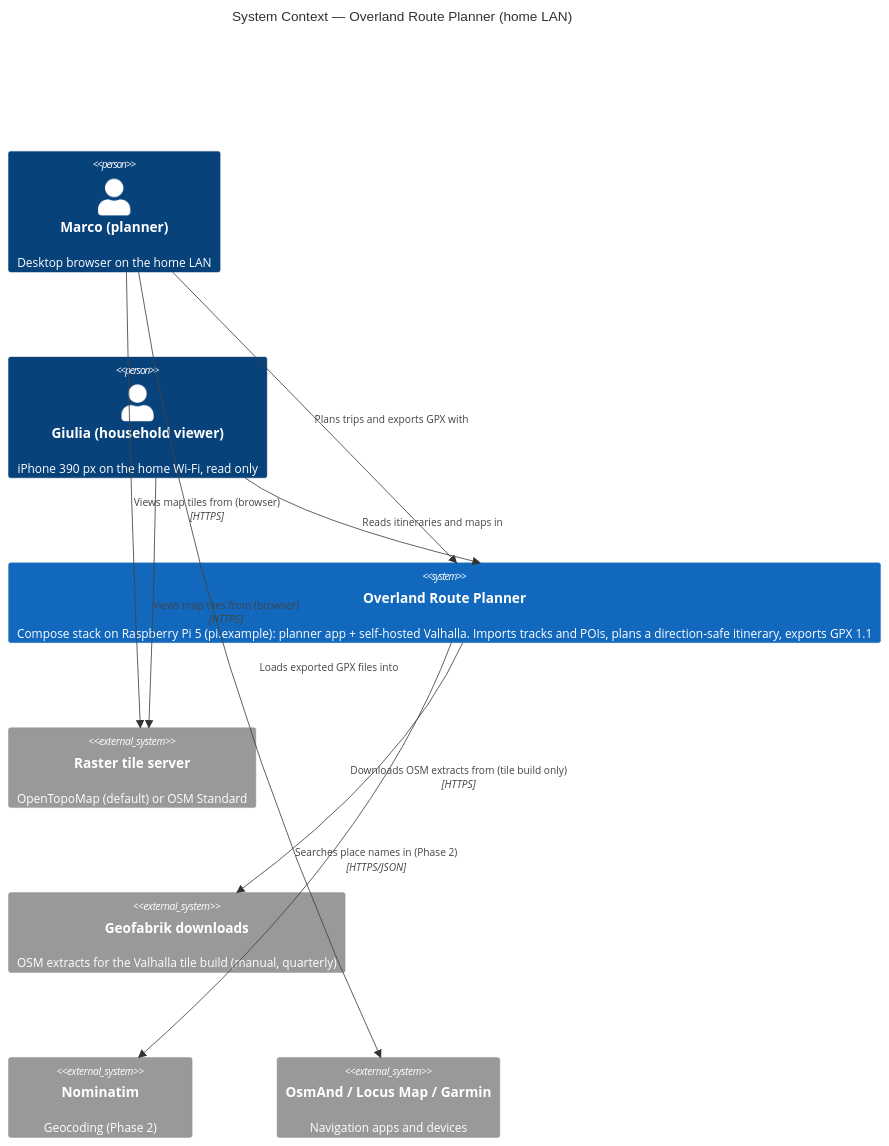
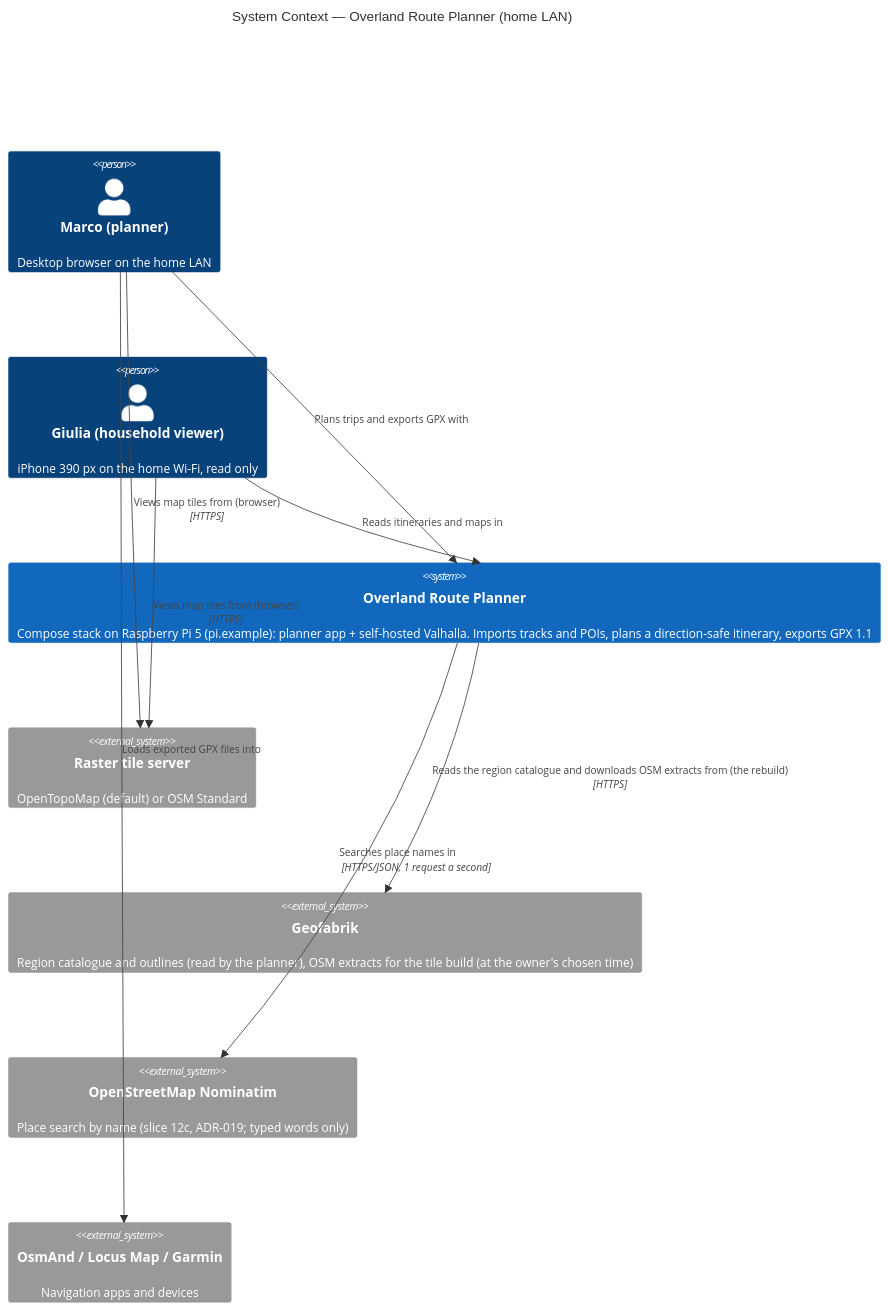
The first of 5 diagrams in docs/product/architecture/c4-diagrams.md (MrMilgauss/overland-planner), drawn with Mermaid before and after one commit. The commit also changed other lines of this file and 33 other files, not shown here.

First line of the commit message:
docs(slice-12c): discuss, design and distill for "the planner knows its map"

````diff
--- a/docs/product/architecture/c4-diagrams.md
+++ b/docs/product/architecture/c4-diagrams.md
@@ -7,19 +7,19 @@
 ```mermaid
 C4Context
   title System Context — Overland Route Planner (home LAN)
   Person(marco, "Marco (planner)", "Desktop browser on the home LAN")
   Person(giulia, "Giulia (household viewer)", "iPhone 390 px on the home Wi-Fi, read only")
   System(planner, "Overland Route Planner", "Compose stack on Raspberry Pi 5 (pi.example): planner app + self-hosted Valhalla. Imports tracks and POIs, plans a direction-safe itinerary, exports GPX 1.1")
   System_Ext(tiles, "Raster tile server", "OpenTopoMap (default) or OSM Standard")
-  System_Ext(geofabrik, "Geofabrik downloads", "OSM extracts for the Valhalla tile build (manual, quarterly)")
-  System_Ext(nominatim, "Nominatim", "Geocoding (Phase 2)")
+  System_Ext(geofabrik, "Geofabrik", "Region catalogue and outlines (read by the planner), OSM extracts for the tile build (at the owner's chosen time)")
+  System_Ext(nominatim, "OpenStreetMap Nominatim", "Place search by name (slice 12c, ADR-019; typed words only)")
   System_Ext(devices, "OsmAnd / Locus Map / Garmin", "Navigation apps and devices")
 
   Rel(marco, planner, "Plans trips and exports GPX with")
   Rel(giulia, planner, "Reads itineraries and maps in")
   Rel(marco, tiles, "Views map tiles from (browser)", "HTTPS")
   Rel(giulia, tiles, "Views map tiles from (browser)", "HTTPS")
-  Rel(planner, geofabrik, "Downloads OSM extracts from (tile build only)", "HTTPS")
-  Rel(planner, nominatim, "Searches place names in (Phase 2)", "HTTPS/JSON")
+  Rel(planner, geofabrik, "Reads the region catalogue and downloads OSM extracts from (the rebuild)", "HTTPS")
+  Rel(planner, nominatim, "Searches place names in", "HTTPS/JSON, 1 request a second")
   Rel(marco, devices, "Loads exported GPX files into")
 ```
````
